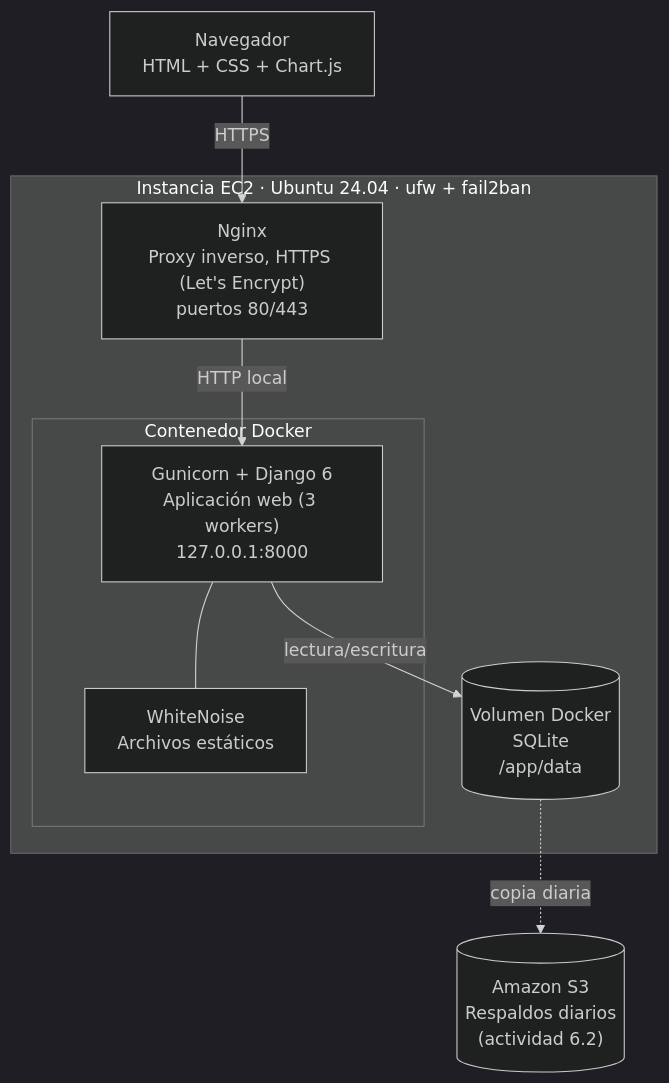
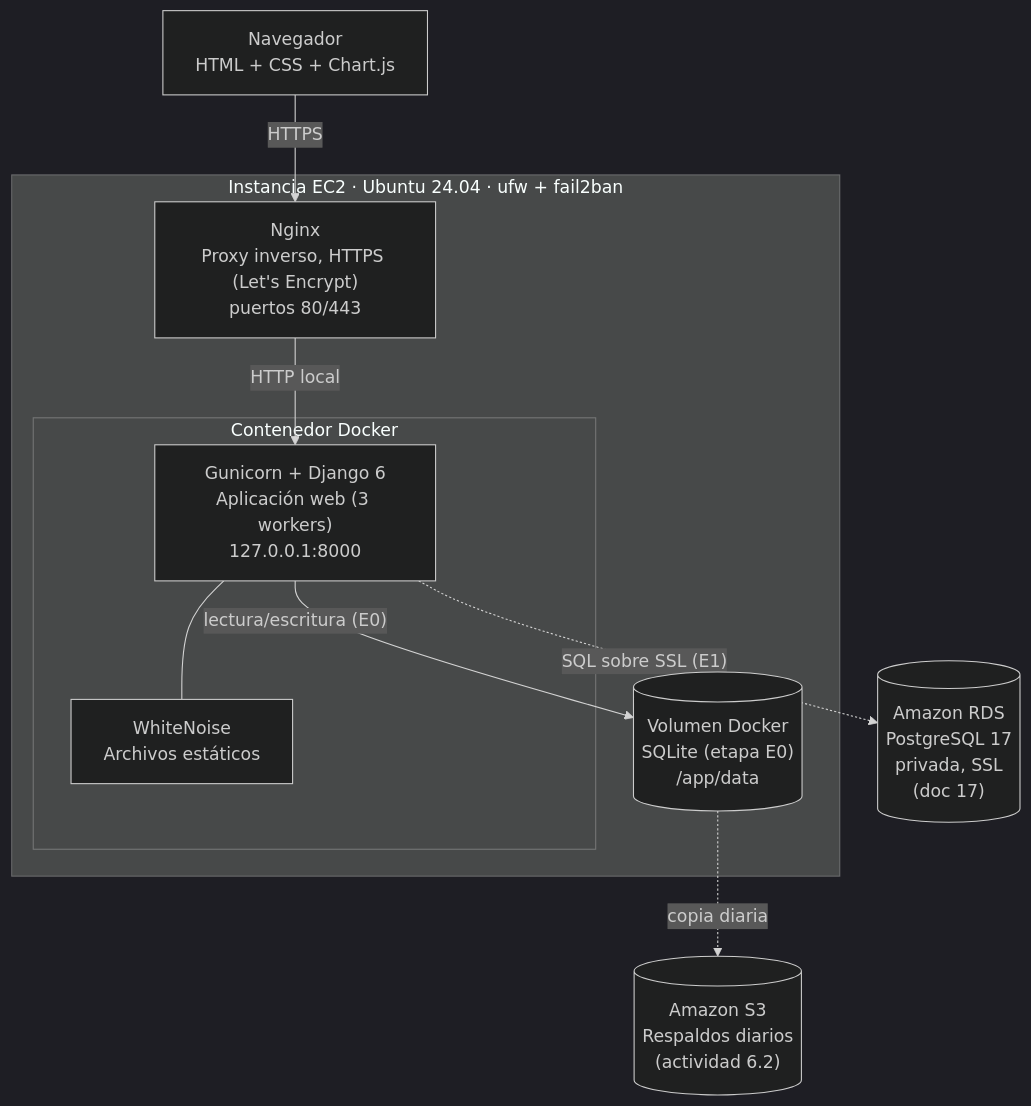
Before and after one commit to SrDanix/FinMicro: the second of 3 diagrams in docs/07_arquitectura.md, drawn with Mermaid (dark theme). The commit also changed 4 other files, not shown here.

First line of the commit message:
Guía para crear la base de datos en Amazon RDS

````diff
--- a/docs/07_arquitectura.md
+++ b/docs/07_arquitectura.md
@@ -33,19 +33,21 @@
 ```mermaid
 flowchart TB
     subgraph EC2["Instancia EC2 · Ubuntu 24.04 · ufw + fail2ban"]
         N["Nginx<br/>Proxy inverso, HTTPS (Let's Encrypt)<br/>puertos 80/443"]
         subgraph D["Contenedor Docker"]
             G["Gunicorn + Django 6<br/>Aplicación web (3 workers)<br/>127.0.0.1:8000"]
             W["WhiteNoise<br/>Archivos estáticos"]
         end
-        V[("Volumen Docker<br/>SQLite<br/>/app/data")]
+        V[("Volumen Docker<br/>SQLite (etapa E0)<br/>/app/data")]
     end
+    RDS[("Amazon RDS<br/>PostgreSQL 17<br/>privada, SSL<br/>(doc 17)")]
     B["Navegador<br/>HTML + CSS + Chart.js"]
     S3[("Amazon S3<br/>Respaldos diarios<br/>(actividad 6.2)")]
 
     B -- HTTPS --> N
     N -- "HTTP local" --> G
     G --- W
-    G -- "lectura/escritura" --> V
+    G -- "lectura/escritura (E0)" --> V
+    G -. "SQL sobre SSL (E1)" .-> RDS
     V -. "copia diaria" .-> S3
 ```
````
